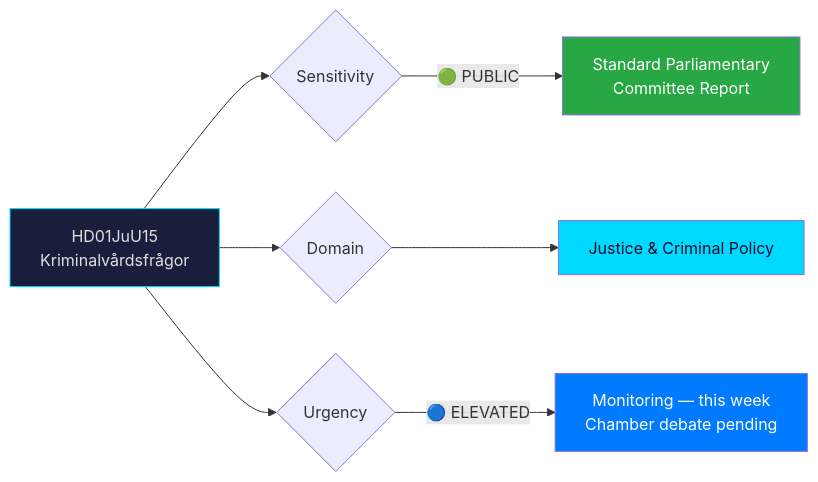
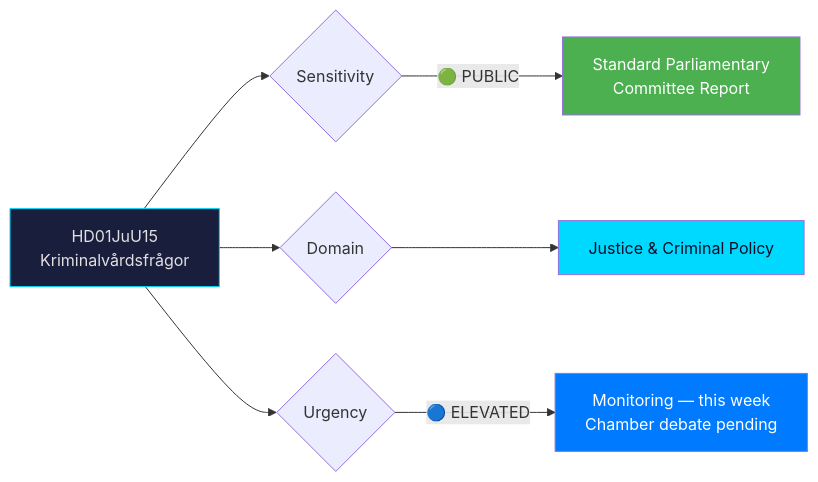
The first of 2 diagrams in analysis/daily/2026-04-03/committeeReports/documents/hd01juu15-analysis.md (Hack23/riksdagsmonitor), drawn with Mermaid before and after one commit. The commit also changed other lines of this file and 785 other files, not shown here.

First line of the commit message:
Normalize mermaid colors across 786 analysis artifacts to ISMS Style Guide palette

````diff
--- a/analysis/daily/2026-04-03/committeeReports/documents/hd01juu15-analysis.md
+++ b/analysis/daily/2026-04-03/committeeReports/documents/hd01juu15-analysis.md
@@ -27,16 +27,16 @@
 ```mermaid
 graph LR
     A["HD01JuU15<br/>Kriminalvårdsfrågor"] --> B{Sensitivity}
     B -->|"🟢 PUBLIC"| E["Standard Parliamentary<br/>Committee Report"]
 
     A --> G{Domain}
     G --> H["Justice & Criminal Policy"]
 
     A --> I{Urgency}
     I -->|"🔵 ELEVATED"| L["Monitoring — this week<br/>Chamber debate pending"]
 
     style A fill:#1a1e3d,color:#e0e0e0,stroke:#00d9ff
-    style E fill:#28a745,color:#fff
+    style E fill:#4CAF50,color:#FFFFFF
     style H fill:#00d9ff,color:#0a0e27
-    style L fill:#007bff,color:#fff
+    style L fill:#007bff,color:#FFFFFF
 ```
````
